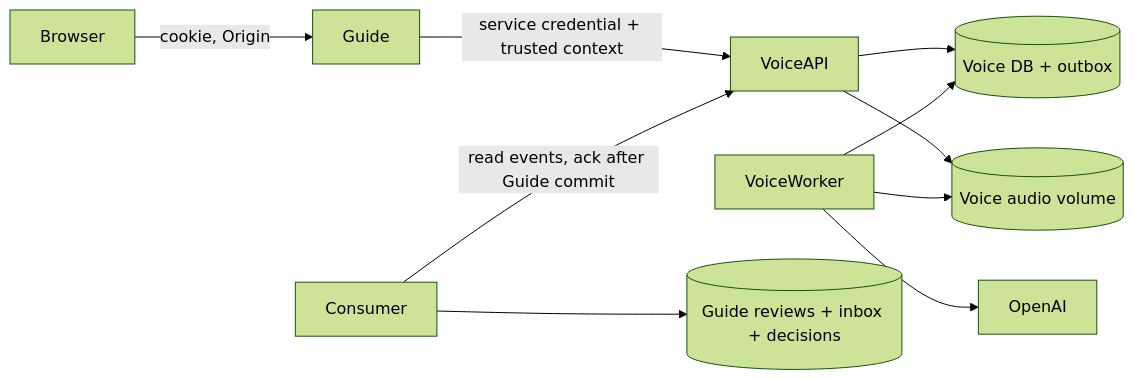
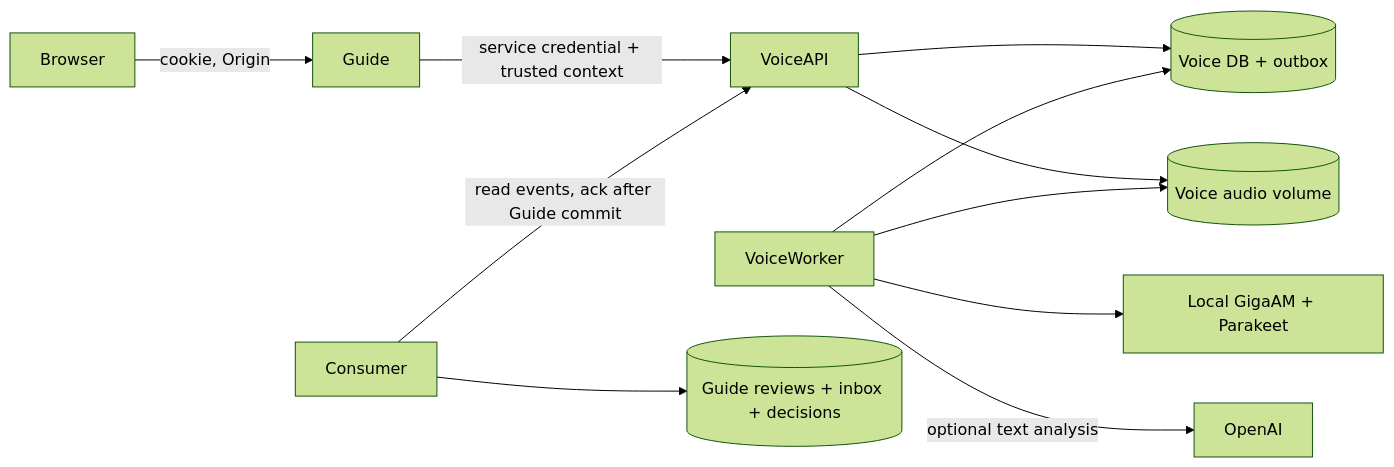
Before and after one commit to involtax/involta-guide: the diagram in docs/VOICE_RUNBOOK.md, drawn with Mermaid (forest theme). The commit also changed other lines of this file and 26 other files, not shown here.

````diff
--- a/docs/VOICE_RUNBOOK.md
+++ b/docs/VOICE_RUNBOOK.md
@@ -8,12 +8,13 @@
 ```mermaid
 flowchart LR
   Browser -->|cookie, Origin| Guide
   Guide -->|service credential + trusted context| VoiceAPI
   VoiceAPI --> VoiceDB[(Voice DB + outbox)]
   VoiceAPI --> Audio[(Voice audio volume)]
   VoiceWorker --> VoiceDB
   VoiceWorker --> Audio
-  VoiceWorker --> OpenAI
+  VoiceWorker --> ASR[Local GigaAM + Parakeet]
+  VoiceWorker -->|optional text analysis| OpenAI
   Consumer -->|read events, ack after Guide commit| VoiceAPI
   Consumer --> GuideDB[(Guide reviews + inbox + decisions)]
 ```
````
